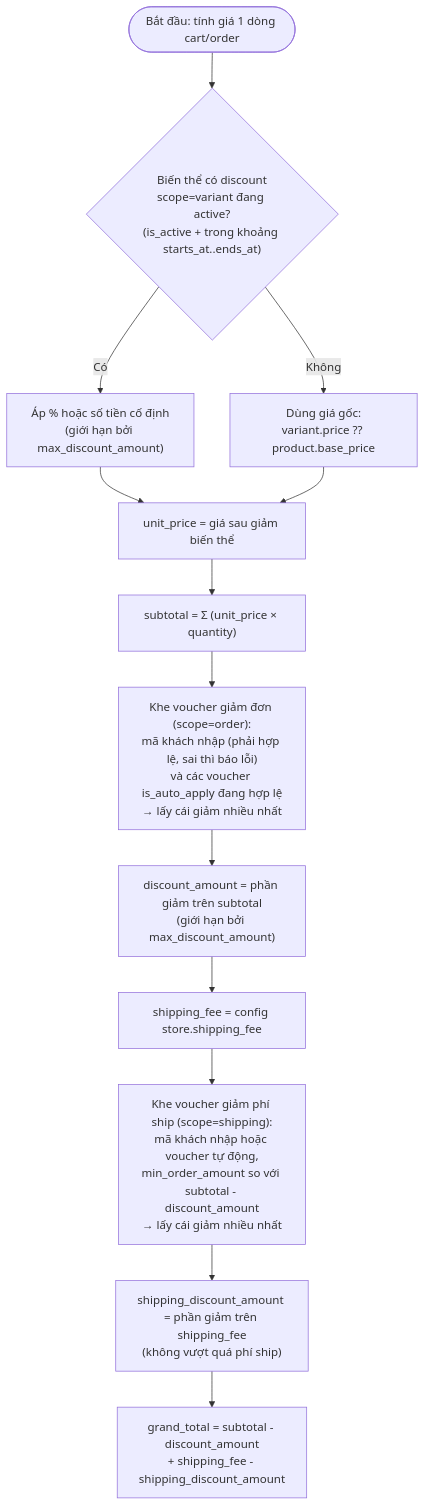
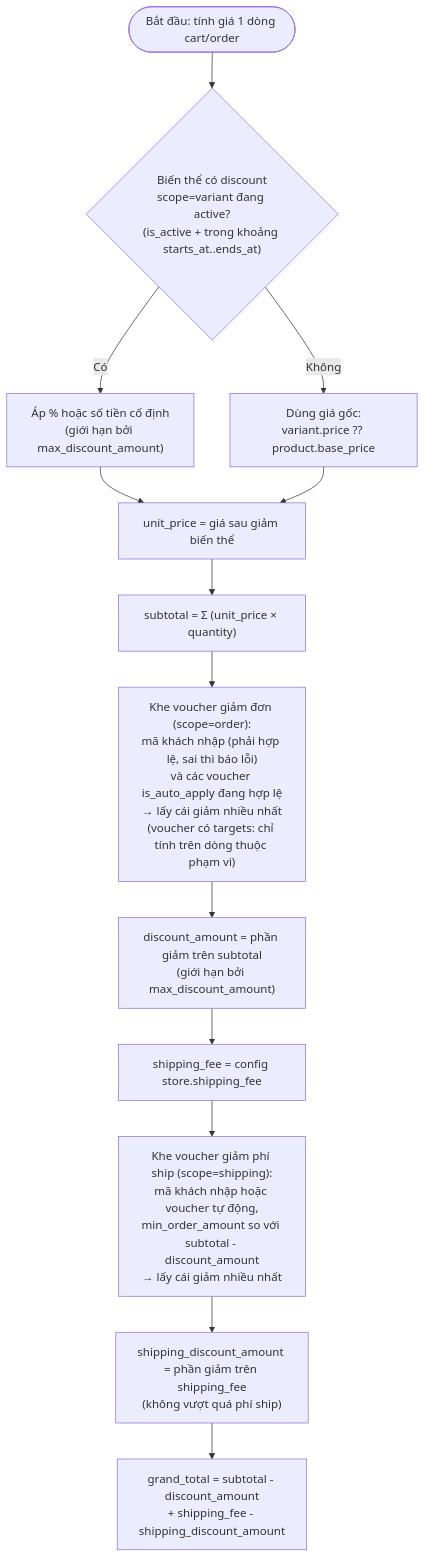
The fourth of 6 diagrams in BUSINESS_FLOWS.md (Thinha1/fashion-store), drawn with Mermaid before and after one commit. The commit also changed other lines of this file and 16 other files, not shown here.

````diff
--- a/BUSINESS_FLOWS.md
+++ b/BUSINESS_FLOWS.md
@@ -157,17 +157,18 @@
 ```mermaid
 flowchart TD
     S(["Bắt đầu: tính giá 1 dòng cart/order"]) --> V{"Biến thể có discount\nscope=variant đang active?\n(is_active + trong khoảng starts_at..ends_at)"}
     V -->|Có| VP["Áp % hoặc số tiền cố định\n(giới hạn bởi max_discount_amount)"]
     V -->|Không| VN["Dùng giá gốc:\nvariant.price ?? product.base_price"]
     VP --> UP["unit_price = giá sau giảm biến thể"]
     VN --> UP
 
     UP --> T["subtotal = Σ (unit_price × quantity)"]
 
-    T --> O["Khe voucher giảm đơn (scope=order):\nmã khách nhập (phải hợp lệ, sai thì báo lỗi)\nvà các voucher is_auto_apply đang hợp lệ\n→ lấy cái giảm nhiều nhất"]
+    T --> O["Khe voucher giảm đơn (scope=order):\nmã khách nhập (phải hợp lệ, sai thì báo lỗi)\nvà các voucher is_auto_apply đang hợp lệ\n→ lấy cái giảm nhiều nhất
+(voucher có targets: chỉ tính trên dòng thuộc phạm vi)"]
     O --> OA["discount_amount = phần giảm trên subtotal\n(giới hạn bởi max_discount_amount)"]
     OA --> F["shipping_fee = config store.shipping_fee"]
     F --> SH["Khe voucher giảm phí ship (scope=shipping):\nmã khách nhập hoặc voucher tự động,\nmin_order_amount so với subtotal - discount_amount\n→ lấy cái giảm nhiều nhất"]
     SH --> SA["shipping_discount_amount = phần giảm trên shipping_fee\n(không vượt quá phí ship)"]
     SA --> G["grand_total = subtotal - discount_amount\n+ shipping_fee - shipping_discount_amount"]
 ```
````
